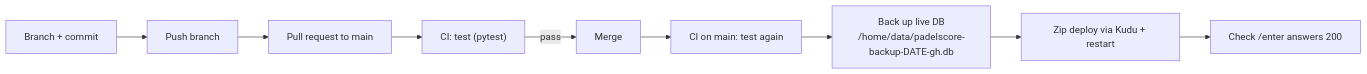
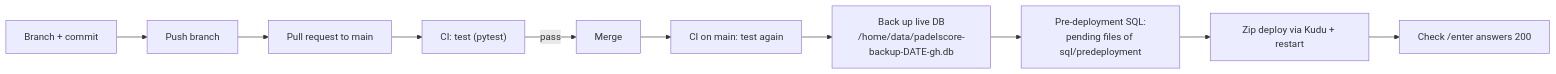
The diagram in docs/processes/DEPLOY.md (Sorrycion/PadelScore), drawn with Mermaid before and after one commit. The commit also changed other lines of this file and 18 other files, not shown here.

First line of the commit message:
Accounts with roles, unified login, and pre-deployment SQL

````diff
--- a/docs/processes/DEPLOY.md
+++ b/docs/processes/DEPLOY.md
@@ -7,11 +7,12 @@
 ```mermaid
 flowchart LR
     A[Branch + commit] --> B[Push branch]
     B --> C[Pull request to main]
     C --> D["CI: test (pytest)"]
     D -- pass --> E[Merge]
     E --> F["CI on main: test again"]
     F --> G["Back up live DB<br/>/home/data/padelscore-backup-DATE-gh.db"]
-    G --> H[Zip deploy via Kudu + restart]
+    G --> P["Pre-deployment SQL:<br/>pending files of sql/predeployment"]
+    P --> H[Zip deploy via Kudu + restart]
     H --> I["Check /enter answers 200"]
 ```
````
